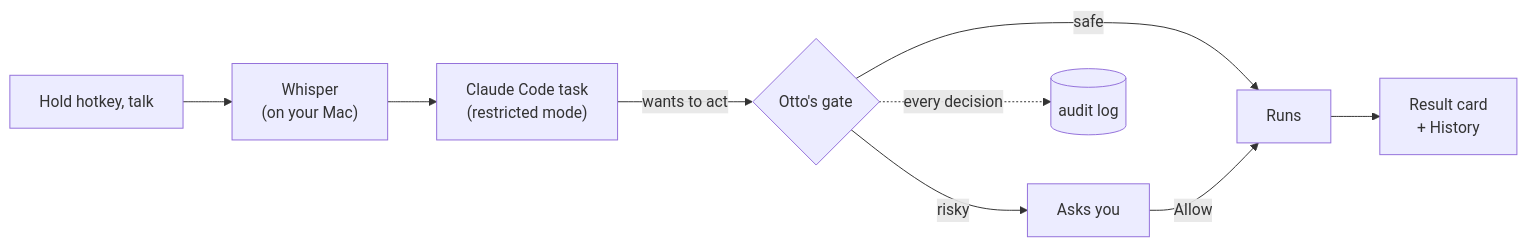
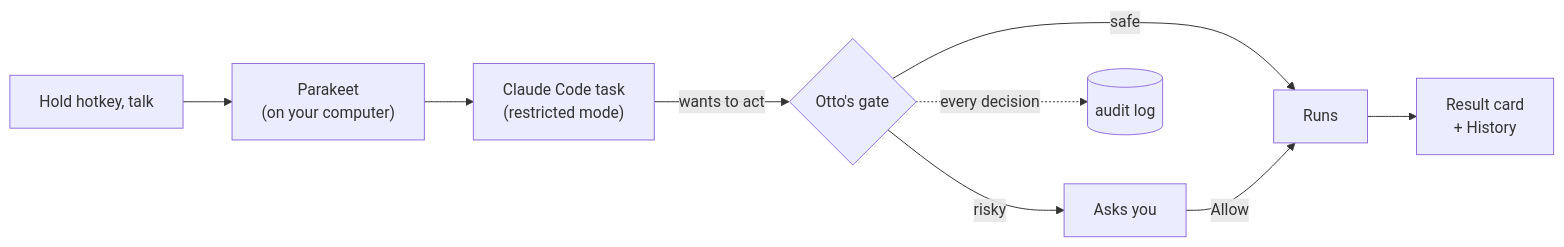
One commit to sacredvoid/otto changed the diagram in README.md. Above: the diagram before and after it, drawn with Mermaid. The commit also changed other lines of this file and 2 other files, not shown here.

````diff
--- a/README.md
+++ b/README.md
@@ -72,11 +72,11 @@
 ```mermaid
 flowchart LR
-  A["Hold hotkey, talk"] --> B["Whisper<br/>(on your Mac)"]
+  A["Hold hotkey, talk"] --> B["Parakeet<br/>(on your computer)"]
   B --> C["Claude Code task<br/>(restricted mode)"]
   C -->|"wants to act"| G{"Otto's gate"}
   G -->|"safe"| R["Runs"]
   G -->|"risky"| Y["Asks you"]
   Y -->|"Allow"| R
   R --> D["Result card<br/>+ History"]
   G -.->|"every decision"| L[("audit log")]
 ```
````
